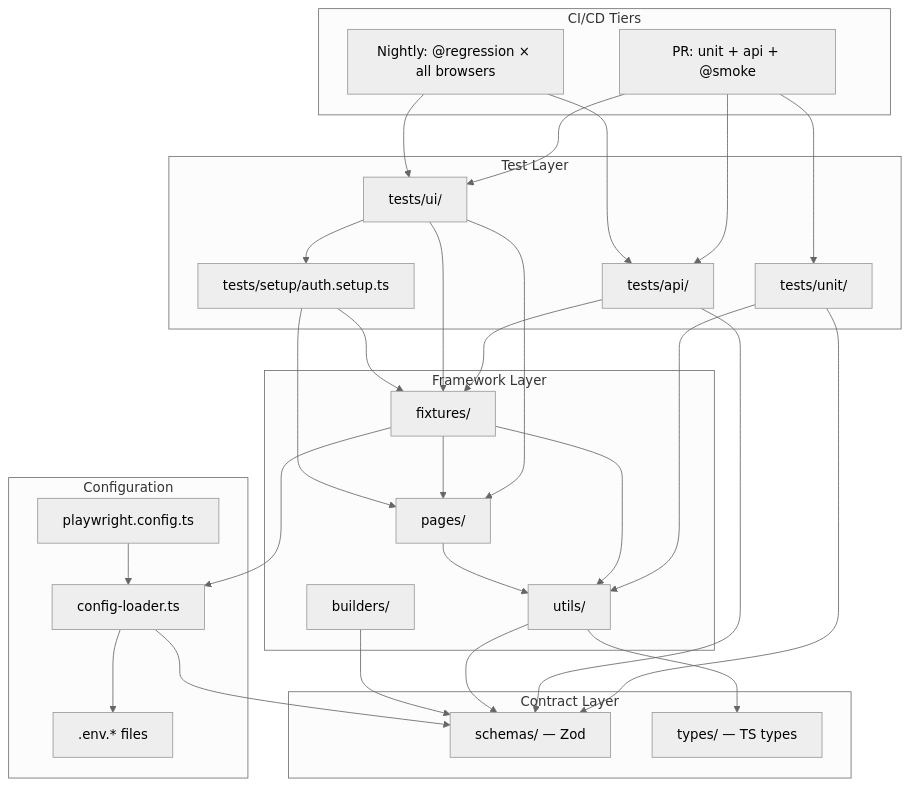
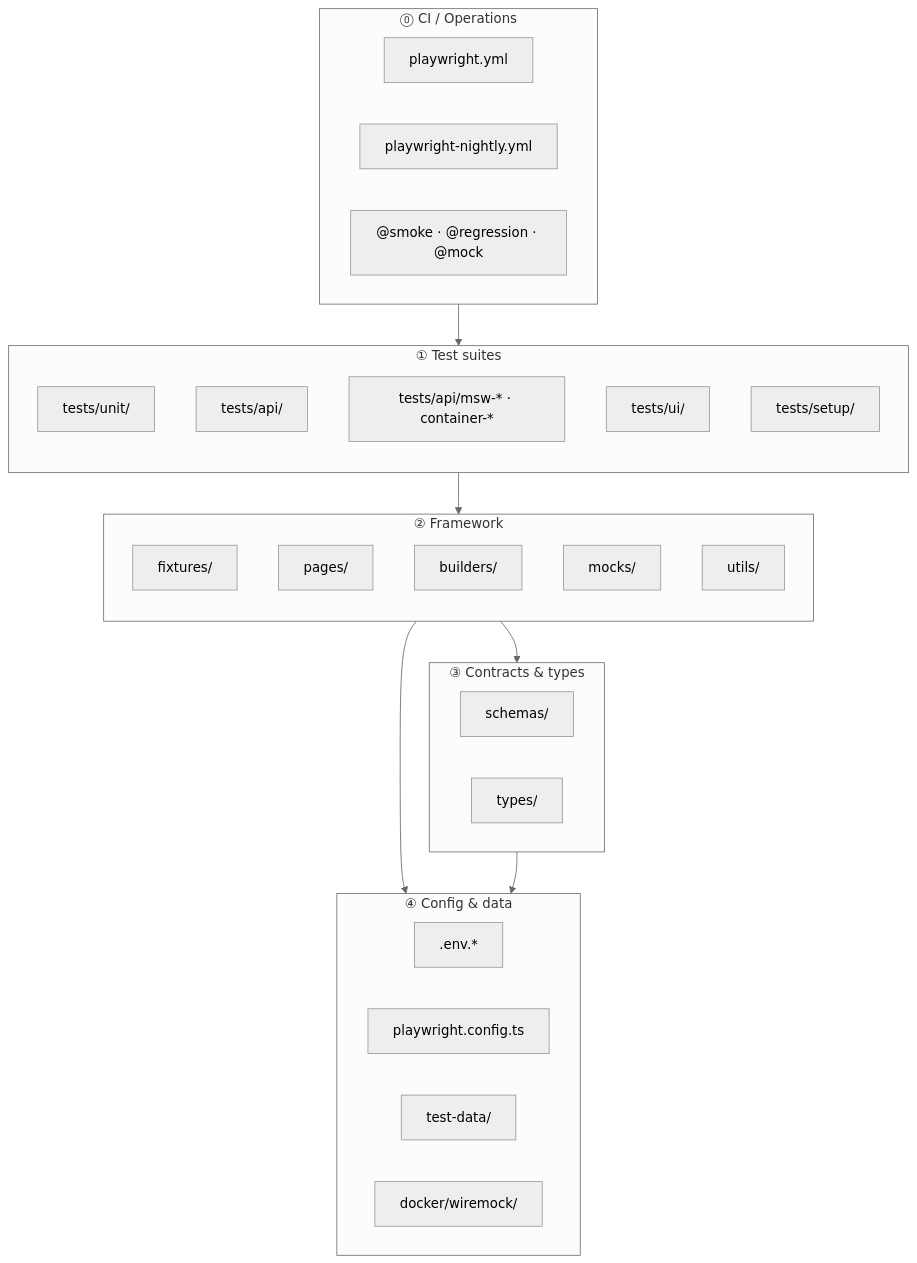
Before and after one commit to hemantjanrao/playwright-learning: the second of 9 diagrams in docs/ARCHITECTURE.md, drawn with Mermaid (neutral theme). The commit also changed other lines of this file and 7 other files, not shown here.

````diff
--- a/docs/ARCHITECTURE.md
+++ b/docs/ARCHITECTURE.md
@@ -7,49 +76,47 @@
 ```mermaid
 flowchart TB
-    subgraph CI["CI/CD Tiers"]
-        PR["PR: unit + api + @smoke"]
-        NIGHTLY["Nightly: @regression × all browsers"]
+    subgraph L0["⓪ CI / Operations"]
+        direction LR
+        W1["playwright.yml"]
+        W2["playwright-nightly.yml"]
+        TAGS["@smoke · @regression · @mock"]
     end
 
-    subgraph Tests["Test Layer"]
-        UNIT["tests/unit/"]
-        API["tests/api/"]
-        UI["tests/ui/"]
-        SETUP["tests/setup/auth.setup.ts"]
+    subgraph L1["① Test suites"]
+        direction TB
+        T_UNIT["tests/unit/"]
+        T_API["tests/api/"]
+        T_MOCK["tests/api/msw-* · container-*"]
+        T_UI["tests/ui/"]
+        T_SETUP["tests/setup/"]
     end
 
-    subgraph Framework["Framework Layer"]
+    subgraph L2["② Framework"]
+        direction TB
         FIX["fixtures/"]
         PAGES["pages/"]
         BUILD["builders/"]
+        MOCKS["mocks/"]
         UTILS["utils/"]
     end
 
-    subgraph Contracts["Contract Layer"]
-        SCHEMAS["schemas/ — Zod"]
-        TYPES["types/ — TS types"]
+    subgraph L3["③ Contracts & types"]
+        direction LR
+        SCHEMAS["schemas/"]
+        TYPES["types/"]
     end
 
-    subgraph Config["Configuration"]
-        ENV[".env.* files"]
+    subgraph L4["④ Config & data"]
+        direction LR
+        ENV[".env.*"]
         PWCFG["playwright.config.ts"]
-        LOADER["config-loader.ts"]
+        JSON["test-data/"]
+        DOCKER["docker/wiremock/"]
     end
 
-    PR --> UNIT & API & UI
-    NIGHTLY --> API & UI
-
-    UNIT --> SCHEMAS & UTILS
-    API --> FIX & SCHEMAS
-    UI --> FIX & PAGES & SETUP
-
-    FIX --> PAGES & UTILS & LOADER
-    UTILS --> SCHEMAS & TYPES
-    BUILD --> SCHEMAS
-    PAGES --> UTILS
-
-    LOADER --> ENV & SCHEMAS
-    PWCFG --> LOADER
-
-    SETUP --> FIX & PAGES
+    L0 --> L1
+    L1 --> L2
+    L2 --> L3
+    L2 --> L4
+    L3 --> L4
 ```
````
